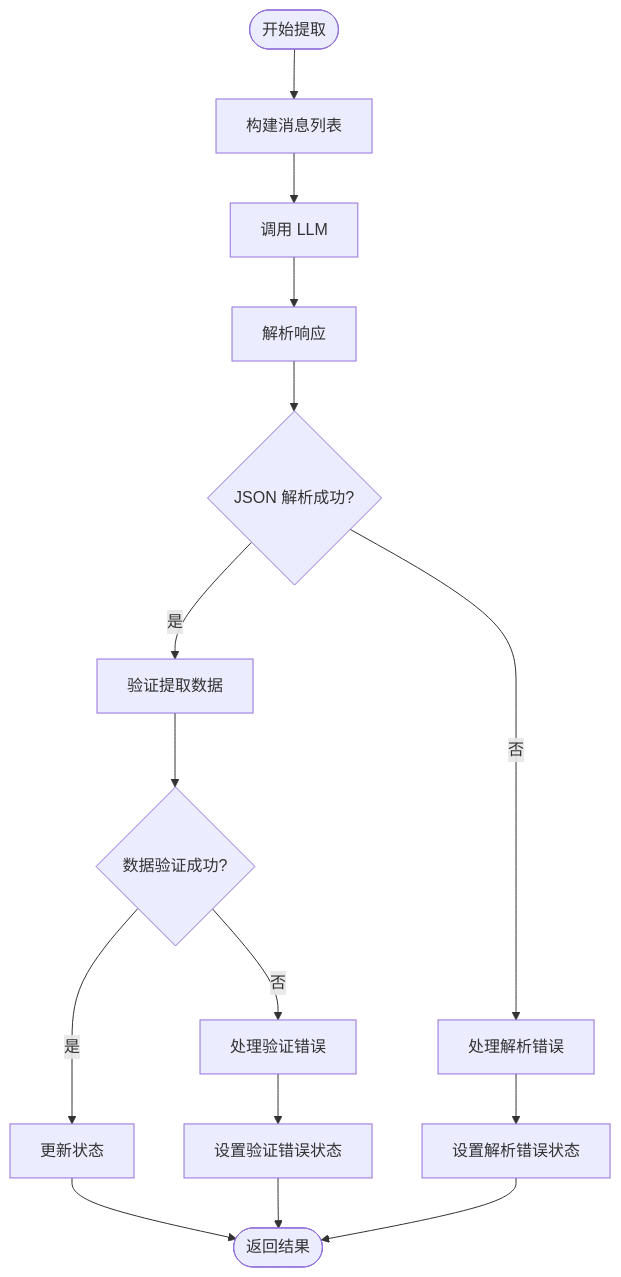
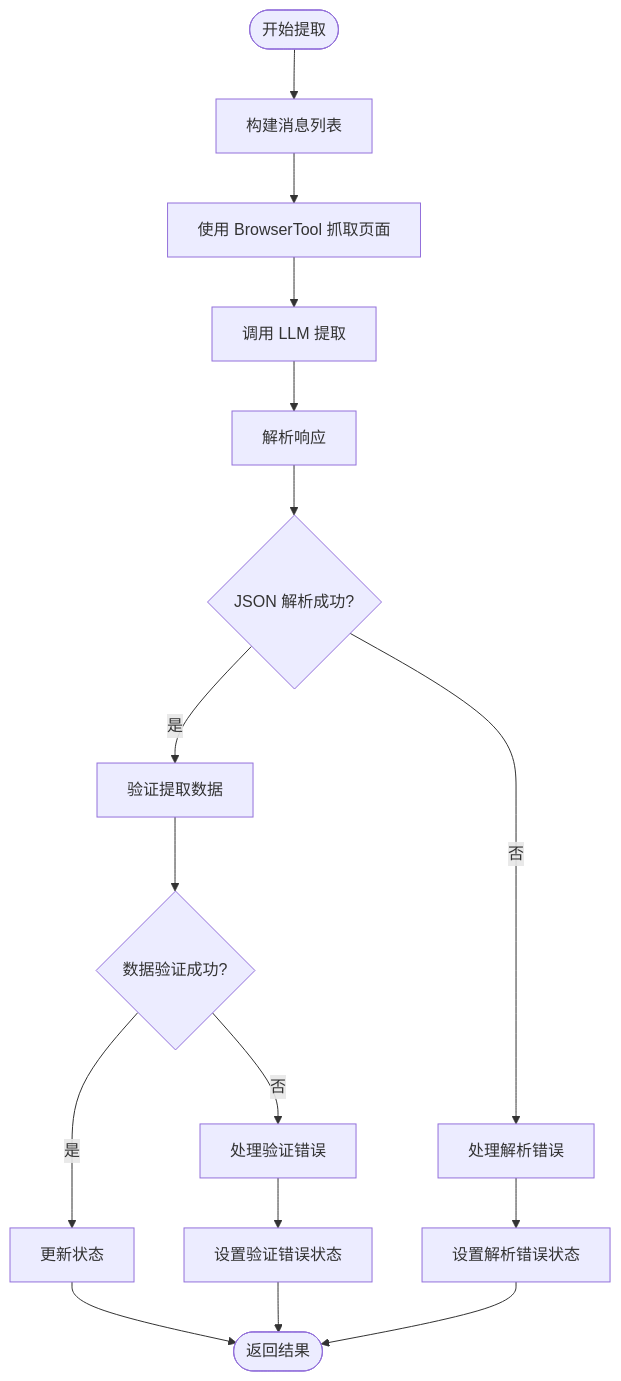
Before and after one commit to XueyuanQiao/site-info-extractor-agent: the sixth of 9 diagrams in .qoder/repowiki/zh/content/功能特性/网站信息提取.md, drawn with Mermaid. The commit also changed other lines of this file and 4 other files, not shown here.

````diff
--- a/.qoder/repowiki/zh/content/功能特性/网站信息提取.md
+++ b/.qoder/repowiki/zh/content/功能特性/网站信息提取.md
@@ -227,17 +254,18 @@
 ```mermaid
 flowchart TD
 Start([开始提取]) --> BuildMsg["构建消息列表"]
-BuildMsg --> CallLLM["调用 LLM"]
+BuildMsg --> FetchPage["使用 BrowserTool 抓取页面"]
+FetchPage --> CallLLM["调用 LLM 提取"]
 CallLLM --> ParseResp["解析响应"]
 ParseResp --> ParseSuccess{"JSON 解析成功?"}
 ParseSuccess --> |是| ValidateData["验证提取数据"]
 ParseSuccess --> |否| HandleParseError["处理解析错误"]
 ValidateData --> ValidateSuccess{"数据验证成功?"}
 ValidateSuccess --> |是| UpdateState["更新状态"]
 ValidateSuccess --> |否| HandleValidateError["处理验证错误"]
 UpdateState --> End([返回结果])
 HandleParseError --> SetParsedError["设置解析错误状态"]
 SetParsedError --> End
 HandleValidateError --> SetValidationError["设置验证错误状态"]
 SetValidationError --> End
 ```
````
